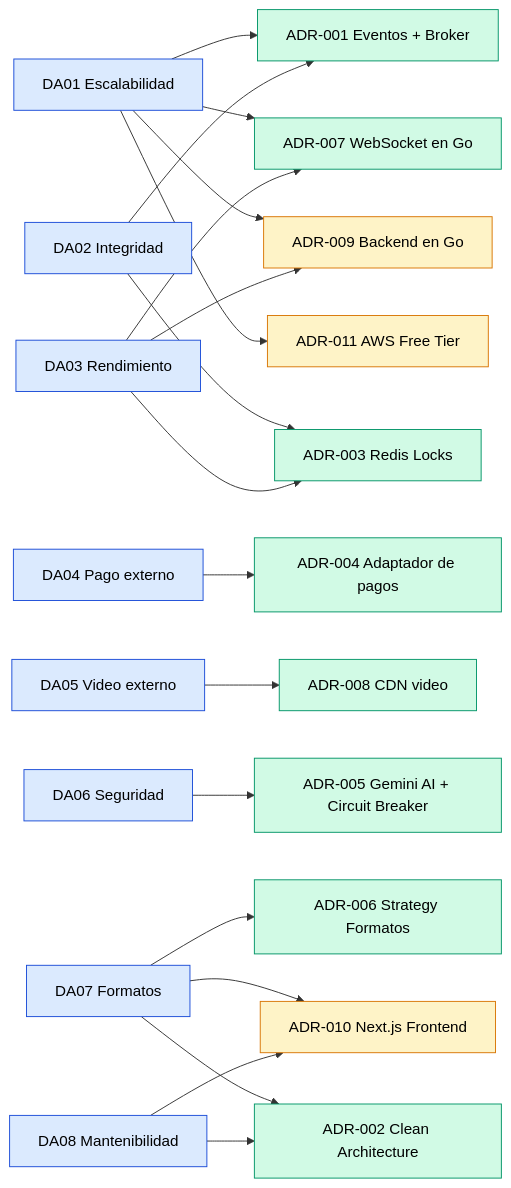
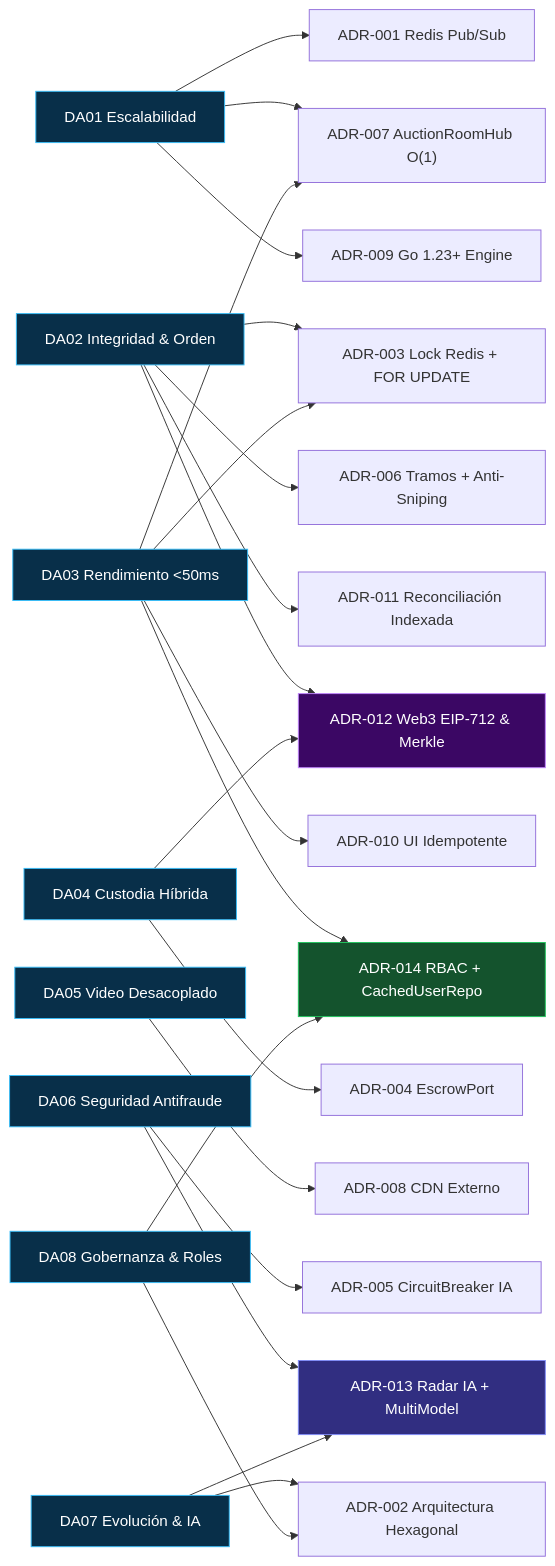
The diagram in docs/01-analisis-de-sistema/07-decisiones-arquitectonicas.md (fxrl01/PlataformaSubastas-arquitSoft-02-Fernando), drawn with Mermaid before and after one commit. The commit also changed other lines of this file and 36 other files, not shown here.

Commit message:
feat(arch,backend): simplificar arquitectura con Stripe/PostgreSQL único e implementar módulos RBAC Admin, encargado y detalles de lote

````diff
--- a/docs/01-analisis-de-sistema/07-decisiones-arquitectonicas.md
+++ b/docs/01-analisis-de-sistema/07-decisiones-arquitectonicas.md
@@ -25,40 +37,42 @@
 ```mermaid
 flowchart LR
-    DA01["DA01 Escalabilidad"] --> ADR001["ADR-001 Eventos + Broker"]
-    DA01 --> ADR007["ADR-007 WebSocket en Go"]
-    DA01 --> ADR009["ADR-009 Backend en Go"]
-    DA01 --> ADR011["ADR-011 AWS Free Tier"]
-    DA02["DA02 Integridad"] --> ADR001
-    DA02 --> ADR003["ADR-003 Redis Locks"]
-    DA03["DA03 Rendimiento"] --> ADR003
+    DA01["DA01 Escalabilidad"] --> ADR001["ADR-001 Redis Pub/Sub"]
+    DA01 --> ADR007["ADR-007 AuctionRoomHub O(1)"]
+    DA01 --> ADR009["ADR-009 Go 1.23+ Engine"]
+
+    DA02["DA02 Integridad & Orden"] --> ADR003["ADR-003 Lock Redis + FOR UPDATE"]
+    DA02 --> ADR006["ADR-006 Tramos + Anti-Sniping"]
+    DA02 --> ADR011["ADR-011 Reconciliación Indexada"]
+    DA02 --> ADR012["ADR-012 Web3 EIP-712 & Merkle"]
+
+    DA03["DA03 Rendimiento <50ms"] --> ADR003
     DA03 --> ADR007
-    DA03 --> ADR009
-    DA04["DA04 Pago externo"] --> ADR004["ADR-004 Adaptador de pagos"]
-    DA05["DA05 Video externo"] --> ADR008["ADR-008 CDN video"]
-    DA06["DA06 Seguridad"] --> ADR005["ADR-005 Gemini AI + Circuit Breaker"]
-    DA07["DA07 Formatos"] --> ADR006["ADR-006 Strategy Formatos"]
-    DA07 --> ADR010["ADR-010 Next.js Frontend"]
-    DA07 --> ADR002["ADR-002 Clean Architecture"]
-    DA08["DA08 Mantenibilidad"] --> ADR002
-    DA08 --> ADR010
+    DA03 --> ADR010["ADR-010 UI Idempotente"]
+    DA03 --> ADR014["ADR-014 RBAC + CachedUserRepo"]
 
-    style DA01 fill:#DBEAFE,stroke:#1D4ED8,color:#000
-    style DA02 fill:#DBEAFE,stroke:#1D4ED8,color:#000
-    style DA03 fill:#DBEAFE,stroke:#1D4ED8,color:#000
-    style DA04 fill:#DBEAFE,stroke:#1D4ED8,color:#000
-    style DA05 fill:#DBEAFE,stroke:#1D4ED8,color:#000
-    style DA06 fill:#DBEAFE,stroke:#1D4ED8,color:#000
-    style DA07 fill:#DBEAFE,stroke:#1D4ED8,color:#000
-    style DA08 fill:#DBEAFE,stroke:#1D4ED8,color:#000
-    style ADR001 fill:#D1FAE5,stroke:#059669,color:#000
-    style ADR002 fill:#D1FAE5,stroke:#059669,color:#000
-    style ADR003 fill:#D1FAE5,stroke:#059669,color:#000
-    style ADR004 fill:#D1FAE5,stroke:#059669,color:#000
-    style ADR005 fill:#D1FAE5,stroke:#059669,color:#000
-    style ADR006 fill:#D1FAE5,stroke:#059669,color:#000
-    style ADR007 fill:#D1FAE5,stroke:#059669,color:#000
-    style ADR008 fill:#D1FAE5,stroke:#059669,color:#000
-    style ADR009 fill:#FEF3C7,stroke:#D97706,color:#000
-    style ADR010 fill:#FEF3C7,stroke:#D97706,color:#000
-    style ADR011 fill:#FEF3C7,stroke:#D97706,color:#000
+    DA04["DA04 Custodia Híbrida"] --> ADR004["ADR-004 EscrowPort"]
+    DA04 --> ADR012
+
+    DA05["DA05 Video Desacoplado"] --> ADR008["ADR-008 CDN Externo"]
+
+    DA06["DA06 Seguridad Antifraude"] --> ADR005["ADR-005 CircuitBreaker IA"]
+    DA06 --> ADR013["ADR-013 Radar IA + MultiModel"]
+
+    DA07["DA07 Evolución & IA"] --> ADR002["ADR-002 Arquitectura Hexagonal"]
+    DA07 --> ADR013
+
+    DA08["DA08 Gobernanza & Roles"] --> ADR002
+    DA08 --> ADR014
+
+    style DA01 fill:#082F49,stroke:#38BDF8,color:#FFF
+    style DA02 fill:#082F49,stroke:#38BDF8,color:#FFF
+    style DA03 fill:#082F49,stroke:#38BDF8,color:#FFF
+    style DA04 fill:#082F49,stroke:#38BDF8,color:#FFF
+    style DA05 fill:#082F49,stroke:#38BDF8,color:#FFF
+    style DA06 fill:#082F49,stroke:#38BDF8,color:#FFF
+    style DA07 fill:#082F49,stroke:#38BDF8,color:#FFF
+    style DA08 fill:#082F49,stroke:#38BDF8,color:#FFF
+    style ADR012 fill:#3B0764,stroke:#C084FC,color:#FFF
+    style ADR013 fill:#312E81,stroke:#818CF8,color:#FFF
+    style ADR014 fill:#14532D,stroke:#22C55E,color:#FFF
 ```
````
